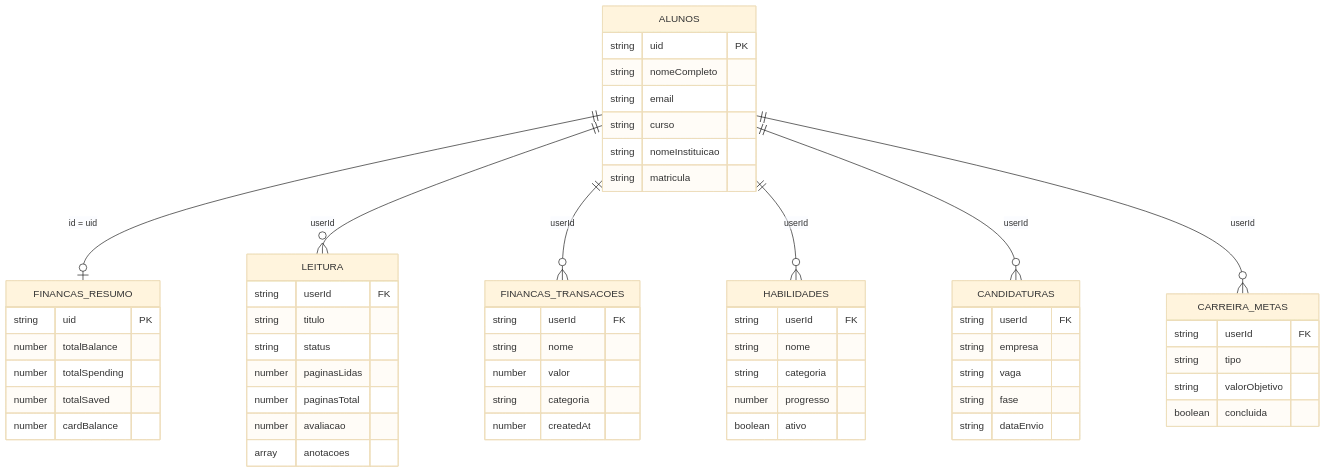
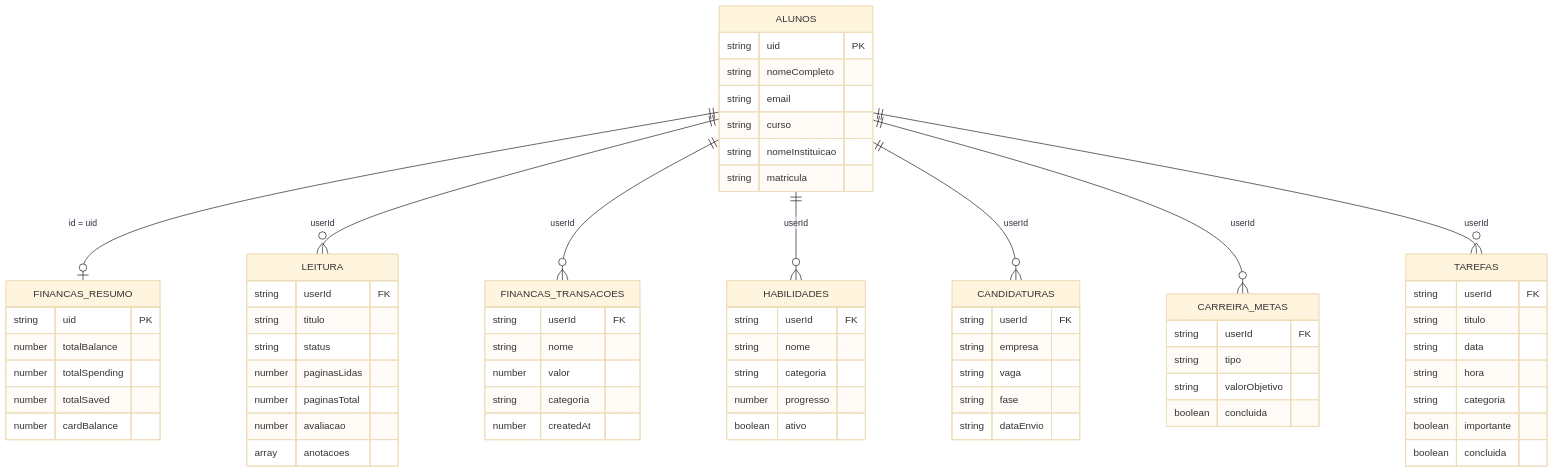
Before and after one commit to DanielWallans/learnhub2.0: the third of 3 diagrams in README.md, drawn with Mermaid (base theme). The commit also changed other lines of this file and 30 other files, not shown here.

````diff
--- a/README.md
+++ b/README.md
@@ -231,61 +240,71 @@
 ```mermaid
 erDiagram
     ALUNOS ||--o| FINANCAS_RESUMO : "id = uid"
     ALUNOS ||--o{ LEITURA : userId
     ALUNOS ||--o{ FINANCAS_TRANSACOES : userId
     ALUNOS ||--o{ HABILIDADES : userId
     ALUNOS ||--o{ CANDIDATURAS : userId
     ALUNOS ||--o{ CARREIRA_METAS : userId
+    ALUNOS ||--o{ TAREFAS : userId
 
     ALUNOS {
         string uid PK
         string nomeCompleto
         string email
         string curso
         string nomeInstituicao
         string matricula
     }
     FINANCAS_RESUMO {
         string uid PK
         number totalBalance
         number totalSpending
         number totalSaved
         number cardBalance
     }
     LEITURA {
         string userId FK
         string titulo
         string status
         number paginasLidas
         number paginasTotal
         number avaliacao
         array anotacoes
     }
     FINANCAS_TRANSACOES {
         string userId FK
         string nome
         number valor
         string categoria
         number createdAt
     }
     HABILIDADES {
         string userId FK
         string nome
         string categoria
         number progresso
         boolean ativo
     }
     CANDIDATURAS {
         string userId FK
         string empresa
         string vaga
         string fase
         string dataEnvio
     }
+    TAREFAS {
+        string userId FK
+        string titulo
+        string data
+        string hora
+        string categoria
+        boolean importante
+        boolean concluida
+    }
     CARREIRA_METAS {
         string userId FK
         string tipo
         string valorObjetivo
         boolean concluida
     }
 ```
````
